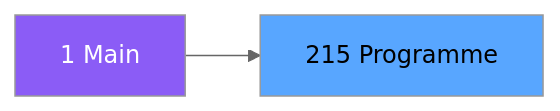
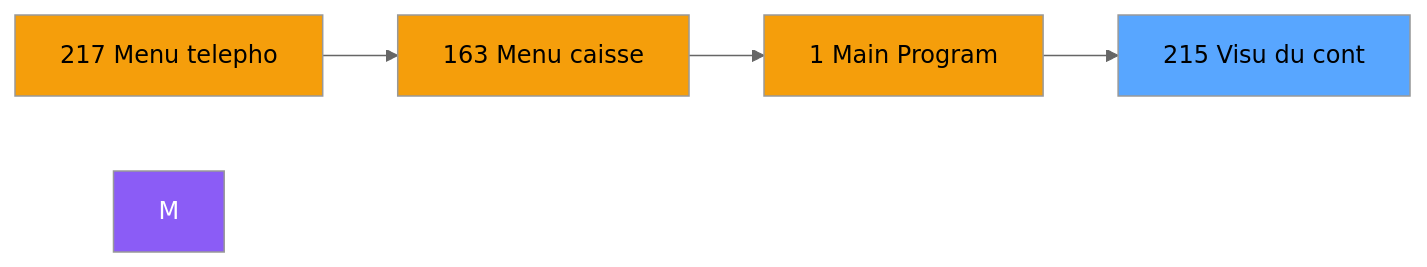
One commit to thonyAGP/magic-migration changed the second of 3 diagrams in .openspec/specs/ADH-IDE-215.md. Above: the diagram before and after it, drawn with Mermaid (neutral theme). The commit also changed other lines of this file and 323 other files, not shown here.

````diff
--- a/.openspec/specs/ADH-IDE-215.md
+++ b/.openspec/specs/ADH-IDE-215.md
@@ -99,8 +119,15 @@
 ```mermaid
 graph LR
-    M[1 Main]
-    T[215 Programme]
-    M --> T
+    N217[217 Menu telepho]
+    N163[163 Menu caisse ]
+    N1[1 Main Program]
+    T[215 Visu du cont]
+    N217 --> N163
+    N163 --> N1
+    N1 --> T
     style M fill:#8b5cf6,color:#fff
+    style N217 fill:#f59e0b
+    style N163 fill:#f59e0b
+    style N1 fill:#f59e0b
     style T fill:#58a6ff,color:#000
 ```
````
